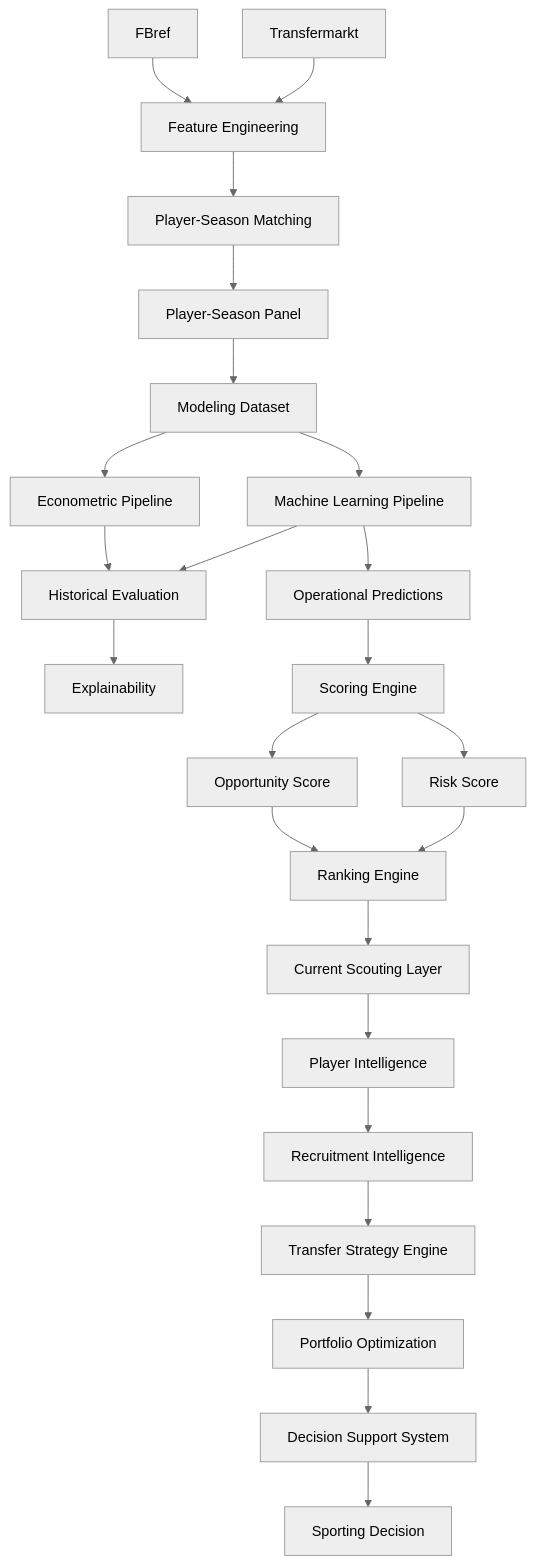
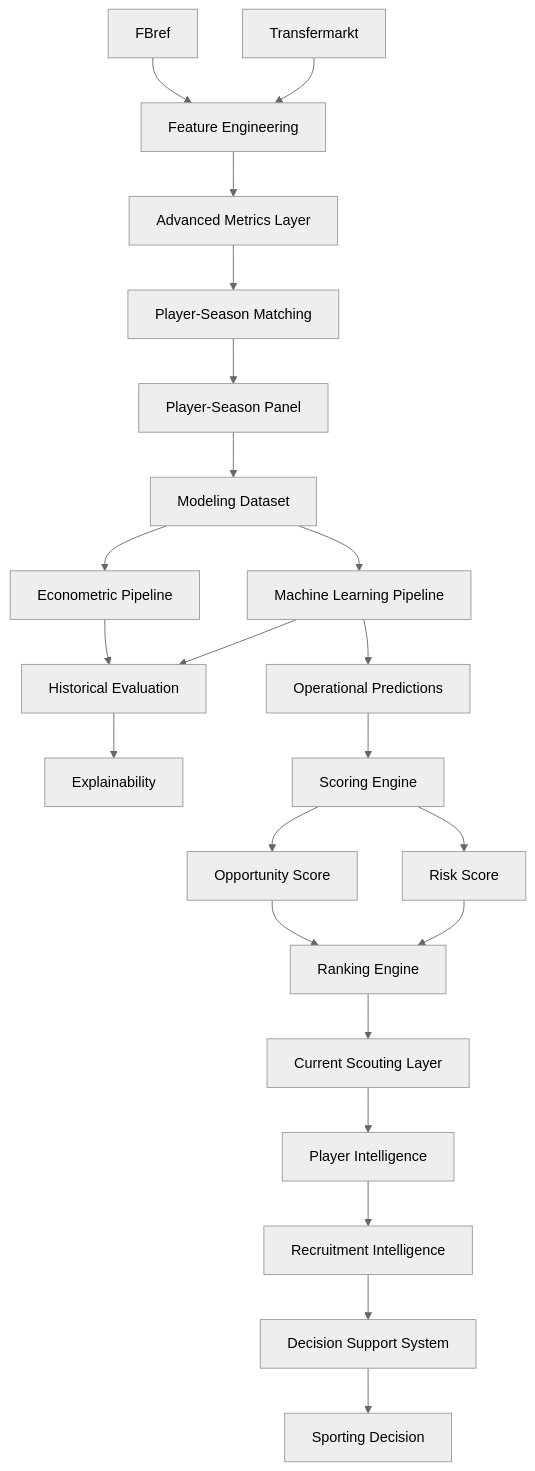
The diagram in docs/pipeline_reference.md (manuelpeba/market-value-football-tfm), drawn with Mermaid (neutral theme) before and after one commit. The commit also changed other lines of this file and 15 other files, not shown here.

````diff
--- a/docs/pipeline_reference.md
+++ b/docs/pipeline_reference.md
@@ -117,47 +133,45 @@
 ```mermaid
 flowchart TD
 
 A[FBref]
 --> C[Feature Engineering]
 
 B[Transfermarkt]
 --> C
 
-C --> D[Player-Season Matching]
+C --> D[Advanced Metrics Layer]
 
-D --> E[Player-Season Panel]
+D --> E[Player-Season Matching]
 
-E --> F[Modeling Dataset]
+E --> F[Player-Season Panel]
 
-F --> G[Econometric Pipeline]
-F --> H[Machine Learning Pipeline]
+F --> G[Modeling Dataset]
 
-G --> I[Historical Evaluation]
-H --> I
+G --> H[Econometric Pipeline]
+G --> I[Machine Learning Pipeline]
 
-I --> J[Explainability]
+H --> J[Historical Evaluation]
+I --> J
 
-H --> K[Operational Predictions]
+J --> K[Explainability]
 
-K --> L[Scoring Engine]
+I --> L[Operational Predictions]
 
-L --> M[Opportunity Score]
-L --> N[Risk Score]
+L --> M[Scoring Engine]
 
-M --> O[Ranking Engine]
-N --> O
+M --> N[Opportunity Score]
+M --> O[Risk Score]
 
-O --> P[Current Scouting Layer]
+N --> P[Ranking Engine]
+O --> P
 
-P --> Q[Player Intelligence]
+P --> Q[Current Scouting Layer]
 
-Q --> R[Recruitment Intelligence]
+Q --> R[Player Intelligence]
 
-R --> S[Transfer Strategy Engine]
+R --> S[Recruitment Intelligence]
 
-S --> T[Portfolio Optimization]
+S --> T[Decision Support System]
 
-T --> U[Decision Support System]
-
-U --> V[Sporting Decision]
+T --> U[Sporting Decision]
 ```
````
